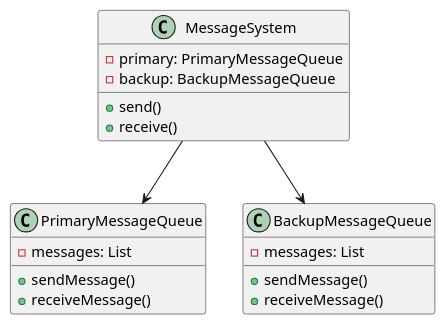
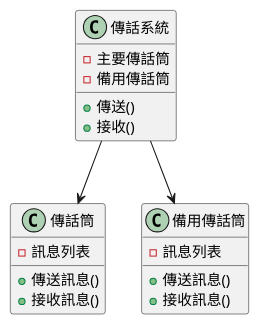
The first of 3 diagrams in doc/learning/architecture/message_queue_ha_tutorial.md (fine5351/info-sync), drawn with PlantUML before and after one commit. The commit also changed other lines of this file and 35 other files, not shown here.

````diff
--- a/doc/learning/architecture/message_queue_ha_tutorial.md
+++ b/doc/learning/architecture/message_queue_ha_tutorial.md
@@ -85,25 +85,25 @@
 ```plantuml
 @startuml
-class PrimaryMessageQueue {
-    - messages: List
-    + sendMessage()
-    + receiveMessage()
+class 傳話筒 {
+    - 訊息列表
+    + 傳送訊息()
+    + 接收訊息()
 }
 
-class BackupMessageQueue {
-    - messages: List
-    + sendMessage()
-    + receiveMessage()
+class 備用傳話筒 {
+    - 訊息列表
+    + 傳送訊息()
+    + 接收訊息()
 }
 
-class MessageSystem {
-    - primary: PrimaryMessageQueue
-    - backup: BackupMessageQueue
-    + send()
-    + receive()
+class 傳話系統 {
+    - 主要傳話筒
+    - 備用傳話筒
+    + 傳送()
+    + 接收()
 }
 
-MessageSystem --> PrimaryMessageQueue
-MessageSystem --> BackupMessageQueue
+傳話系統 --> 傳話筒
+傳話系統 --> 備用傳話筒
 @enduml
 ```
````
